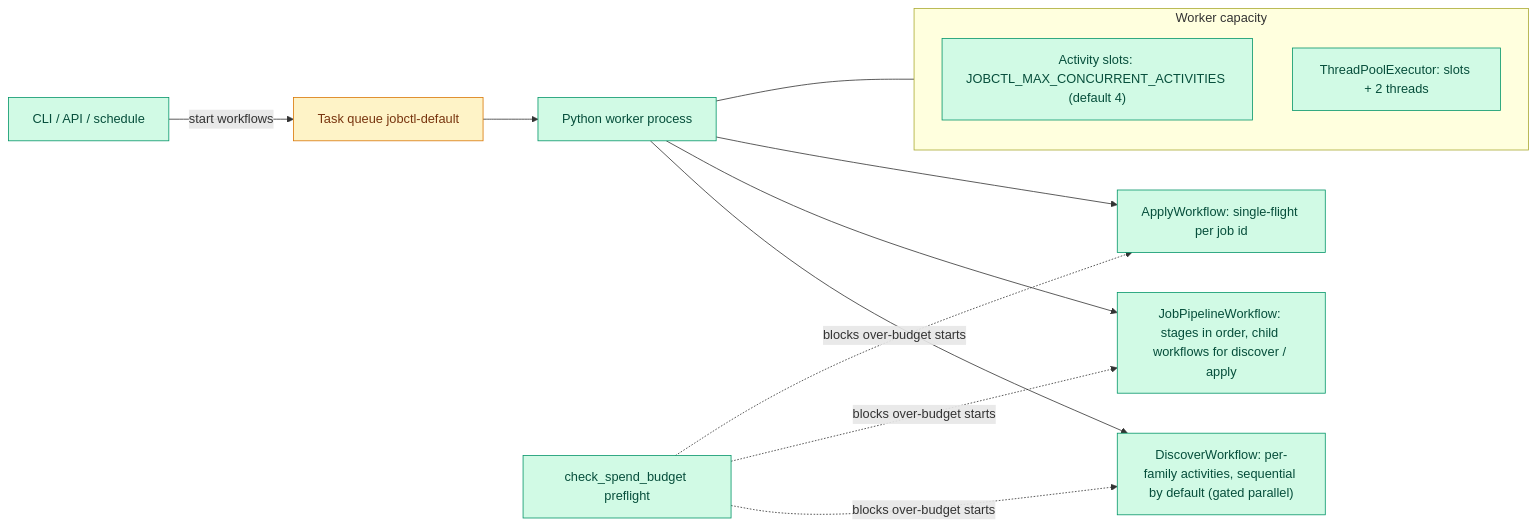
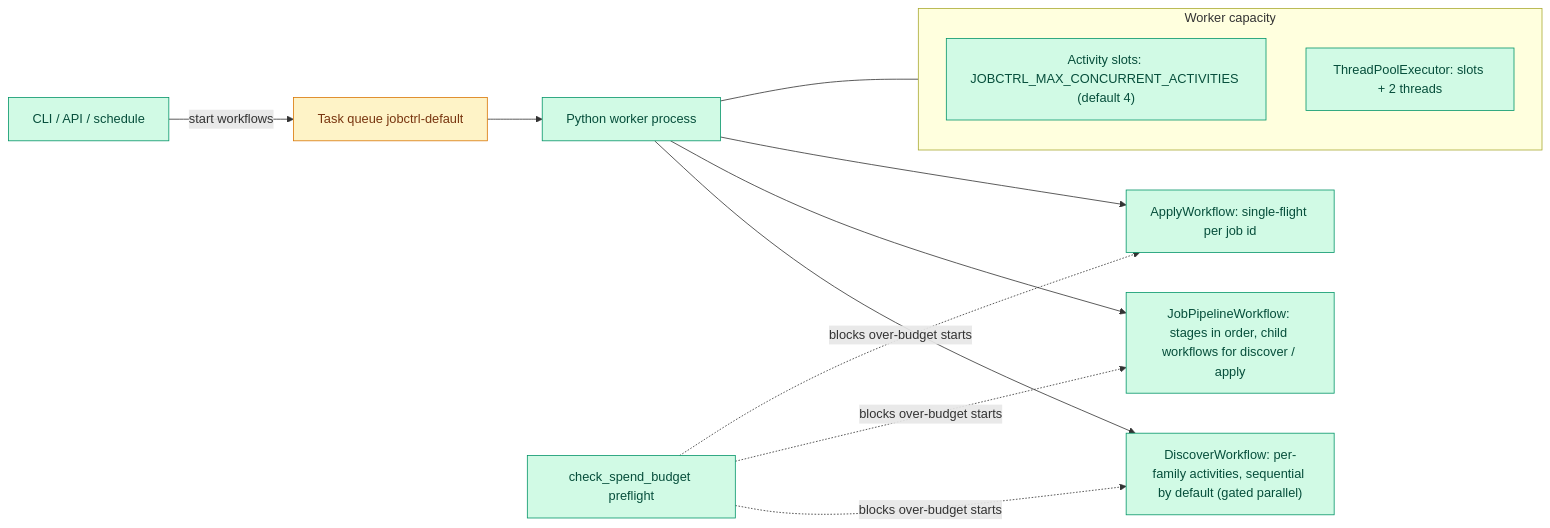
Before and after one commit to ebarti/JobCtrl: the diagram in docs/architecture/pipeline/concurrency.md, drawn with Mermaid. The commit also changed other lines of this file and 1284 other files, not shown here.

````diff
--- a/docs/architecture/pipeline/concurrency.md
+++ b/docs/architecture/pipeline/concurrency.md
@@ -11,19 +11,19 @@
 ```mermaid
 flowchart LR
-    CLI["CLI / API / schedule"] -->|start workflows| TQ["Task queue jobctl-default"]
+    CLI["CLI / API / schedule"] -->|start workflows| TQ["Task queue jobctrl-default"]
     TQ --> W["Python worker process"]
     subgraph W2["Worker capacity"]
-        SLOTS["Activity slots: JOBCTL_MAX_CONCURRENT_ACTIVITIES (default 4)"]
+        SLOTS["Activity slots: JOBCTRL_MAX_CONCURRENT_ACTIVITIES (default 4)"]
         EXEC["ThreadPoolExecutor: slots + 2 threads"]
     end
     W --- W2
     W --> D["DiscoverWorkflow: per-family activities, sequential by default (gated parallel)"]
     W --> P["JobPipelineWorkflow: stages in order, child workflows for discover / apply"]
     W --> A["ApplyWorkflow: single-flight per job id"]
     BUDGET["check_spend_budget preflight"] -.->|blocks over-budget starts| D & P & A
 
     classDef py fill:#d1fae5,stroke:#059669,color:#064e3b
     classDef infra fill:#fef3c7,stroke:#d97706,color:#78350f
     class CLI,W,SLOTS,EXEC,D,P,A,BUDGET py
     class TQ infra
 ```
````
